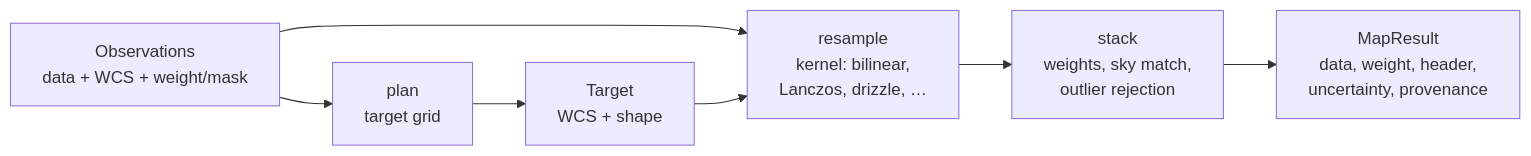
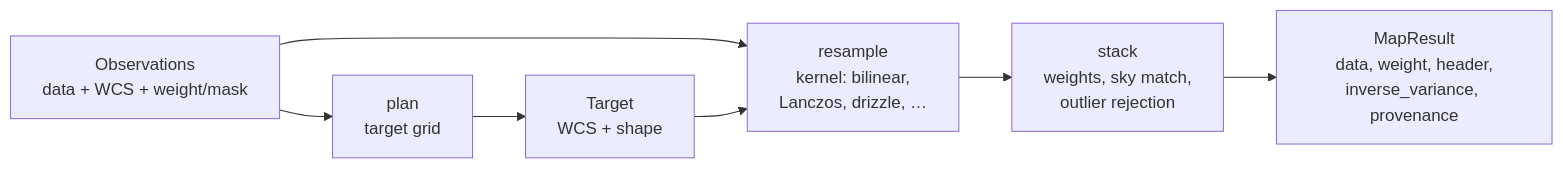
Before and after one commit to astroai/torchsky: the diagram in docs/maps/index.md, drawn with Mermaid. The commit also changed other lines of this file and 9 other files, not shown here.

````diff
--- a/docs/maps/index.md
+++ b/docs/maps/index.md
@@ -11,9 +11,9 @@
 ```mermaid
 flowchart LR
     O["Observations<br/>data + WCS + weight/mask"] --> P["plan<br/>target grid"]
     P --> T["Target<br/>WCS + shape"]
     O --> R["resample<br/>kernel: bilinear,<br/>Lanczos, drizzle, …"]
     T --> R
     R --> S["stack<br/>weights, sky match,<br/>outlier rejection"]
-    S --> M["MapResult<br/>data, weight, header,<br/>uncertainty, provenance"]
+    S --> M["MapResult<br/>data, weight, header,<br/>inverse_variance, provenance"]
 ```
````
